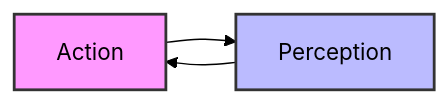
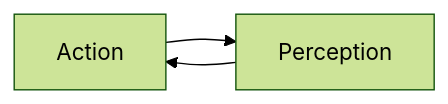
Before and after one commit to alexarje/sensing: the diagram in book/week1.md, drawn with Mermaid (forest theme).

Commit message:
simplyfing figure

````diff
--- a/book/week1.md
+++ b/book/week1.md
@@ -211,7 +211,5 @@
 ```mermaid
 flowchart LR
   Action --> Perception
   Perception --> Action
-  style Action fill:#f9f,stroke:#333,stroke-width:2px
-  style Perception fill:#bbf,stroke:#333,stroke-width:2px
 ```
````
